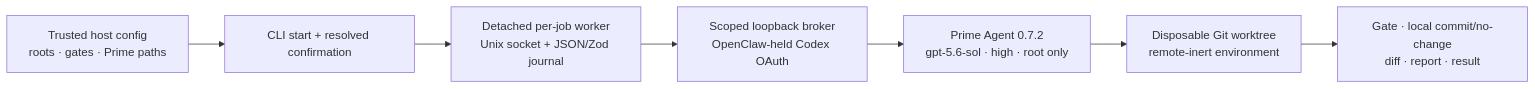
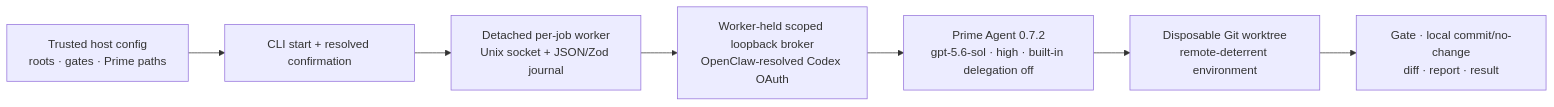
The diagram in docs/beta-milestone-1.md (feniix/prime-agent-dispatch), drawn with Mermaid before and after one commit. The commit also changed other lines of this file and 6 other files, not shown here.

````diff
--- a/docs/beta-milestone-1.md
+++ b/docs/beta-milestone-1.md
@@ -9,13 +9,13 @@
 ```mermaid
 flowchart LR
     CLI["CLI start + resolved confirmation"]
     Host["Trusted host config<br/>roots · gates · Prime paths"]
     Worker["Detached per-job worker<br/>Unix socket + JSON/Zod journal"]
-    Broker["Scoped loopback broker<br/>OpenClaw-held Codex OAuth"]
-    Prime["Prime Agent 0.7.2<br/>gpt-5.6-sol · high · root only"]
-    Worktree["Disposable Git worktree<br/>remote-inert environment"]
+    Broker["Worker-held scoped loopback broker<br/>OpenClaw-resolved Codex OAuth"]
+    Prime["Prime Agent 0.7.2<br/>gpt-5.6-sol · high · built-in delegation off"]
+    Worktree["Disposable Git worktree<br/>remote-deterrent environment"]
     Result["Gate · local commit/no-change<br/>diff · report · result"]
 
     Host --> CLI --> Worker
     Worker --> Broker --> Prime --> Worktree --> Result
 ```
````
